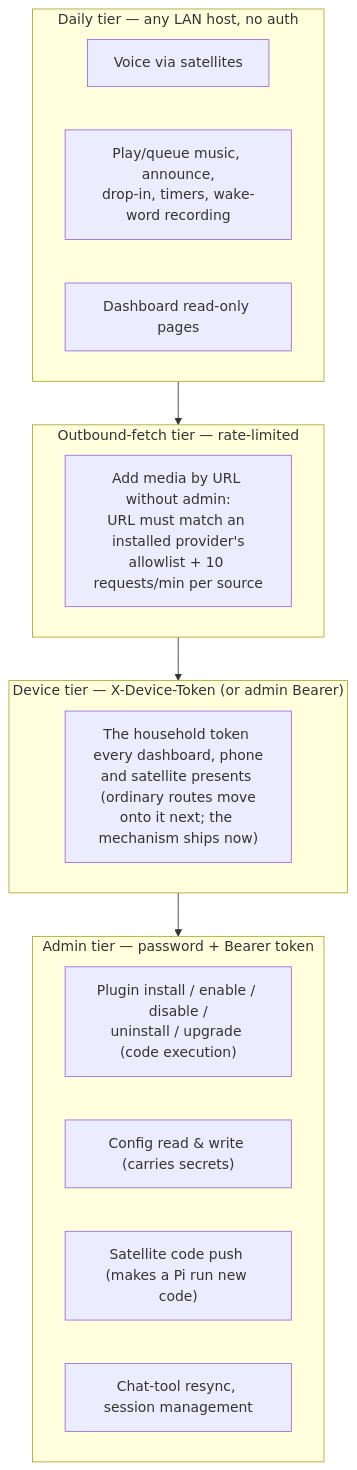
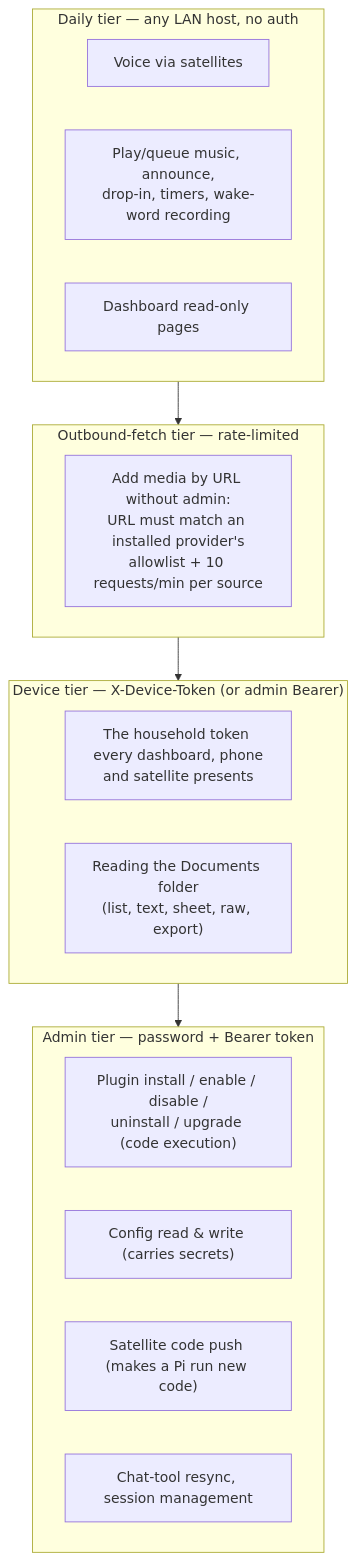
One commit to coders-farm-official/domovoi changed the diagram in docs/SECURITY_PRIVACY.md. Above: the diagram before and after it, drawn with Mermaid. The commit also changed other lines of this file and 12 other files, not shown here.

````diff
--- a/docs/SECURITY_PRIVACY.md
+++ b/docs/SECURITY_PRIVACY.md
@@ -37,21 +37,22 @@
 ```mermaid
 flowchart TB
     subgraph daily["Daily tier — any LAN host, no auth"]
         d1["Voice via satellites"]
         d2["Play/queue music, announce,<br/>drop-in, timers, wake-word recording"]
         d3["Dashboard read-only pages"]
     end
     subgraph fetch["Outbound-fetch tier — rate-limited"]
         f1["Add media by URL without admin:<br/>URL must match an installed provider's<br/>allowlist + 10 requests/min per source"]
     end
     subgraph device["Device tier — X-Device-Token (or admin Bearer)"]
-        v1["The household token every dashboard, phone<br/>and satellite presents (ordinary routes move<br/>onto it next; the mechanism ships now)"]
+        v1["The household token every dashboard, phone<br/>and satellite presents"]
+        v2["Reading the Documents folder<br/>(list, text, sheet, raw, export)"]
     end
     subgraph admin["Admin tier — password + Bearer token"]
         a1["Plugin install / enable / disable /<br/>uninstall / upgrade (code execution)"]
         a2["Config read & write (carries secrets)"]
         a3["Satellite code push (makes a Pi run new code)"]
         a4["Chat-tool resync, session management"]
     end
     daily --> fetch --> device --> admin
 ```
````
